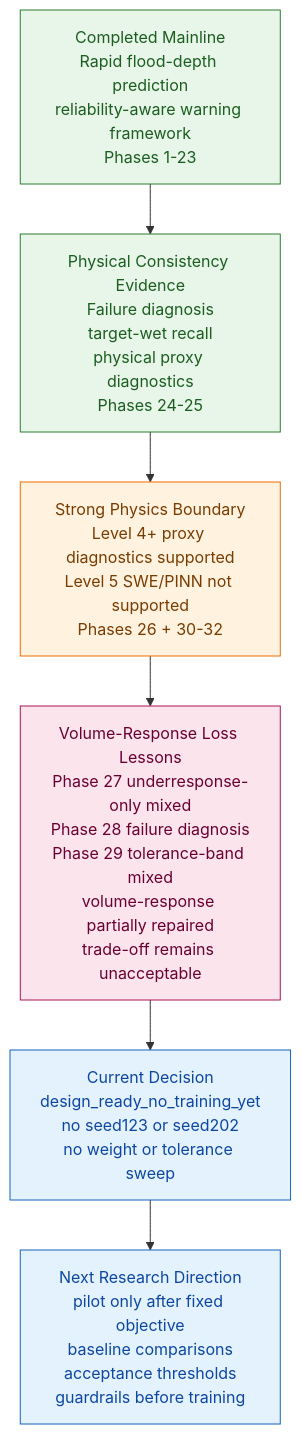
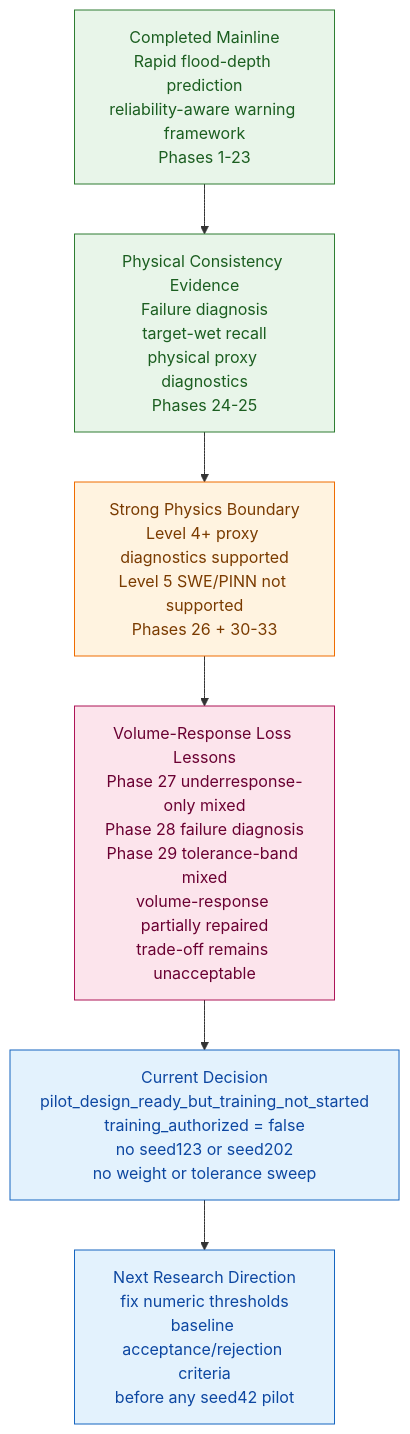
One commit to HolyLin990604/physics-guided-urban-flood-prediction changed the third of 3 diagrams in README.md. Above: the diagram before and after it, drawn with Mermaid. The commit also changed other lines of this file and 2 other files, not shown here.

Commit message:
docs: sync phase33 seed42 pilot readiness status

````diff
--- a/README.md
+++ b/README.md
@@ -456,16 +460,16 @@
 ```mermaid
 flowchart TD
     A["Completed Mainline<br/>Rapid flood-depth prediction<br/>reliability-aware warning framework<br/>Phases 1-23"]:::completed
     B["Physical Consistency Evidence<br/>Failure diagnosis<br/>target-wet recall<br/>physical proxy diagnostics<br/>Phases 24-25"]:::completed
-    C["Strong Physics Boundary<br/>Level 4+ proxy diagnostics supported<br/>Level 5 SWE/PINN not supported<br/>Phases 26 + 30-32"]:::boundary
+    C["Strong Physics Boundary<br/>Level 4+ proxy diagnostics supported<br/>Level 5 SWE/PINN not supported<br/>Phases 26 + 30-33"]:::boundary
     D["Volume-Response Loss Lessons<br/>Phase 27 underresponse-only mixed<br/>Phase 28 failure diagnosis<br/>Phase 29 tolerance-band mixed<br/>volume-response partially repaired<br/>trade-off remains unacceptable"]:::diagnosis
-    E["Current Decision<br/>design_ready_no_training_yet<br/>no seed123 or seed202<br/>no weight or tolerance sweep"]:::current
-    F["Next Research Direction<br/>pilot only after fixed objective<br/>baseline comparisons<br/>acceptance thresholds<br/>guardrails before training"]:::current
+    E["Current Decision<br/>pilot_design_ready_but_training_not_started<br/>training_authorized = false<br/>no seed123 or seed202<br/>no weight or tolerance sweep"]:::current
+    F["Next Research Direction<br/>fix numeric thresholds<br/>baseline acceptance/rejection criteria<br/>before any seed42 pilot"]:::current
 
     A --> B --> C --> D --> E --> F
 
     classDef completed fill:#e8f5e9,stroke:#2e7d32,color:#1b5e20
     classDef boundary fill:#fff3e0,stroke:#ef6c00,color:#7a3b00
     classDef diagnosis fill:#fce4ec,stroke:#ad1457,color:#6a0032
     classDef current fill:#e3f2fd,stroke:#1565c0,color:#0d47a1
 ```
````
